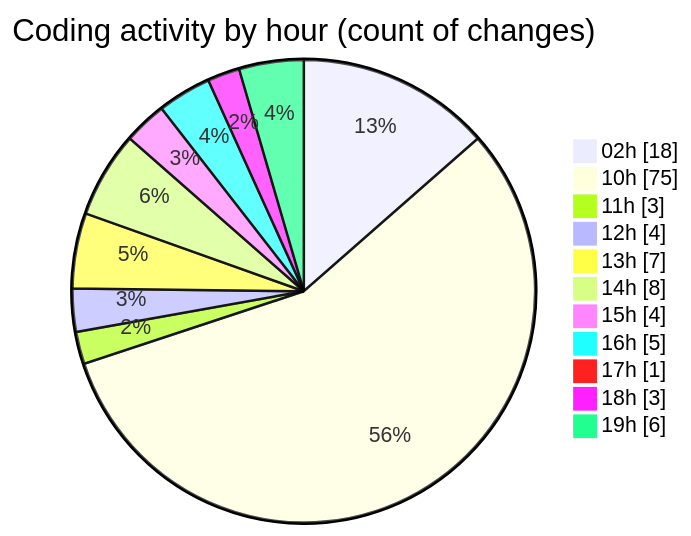
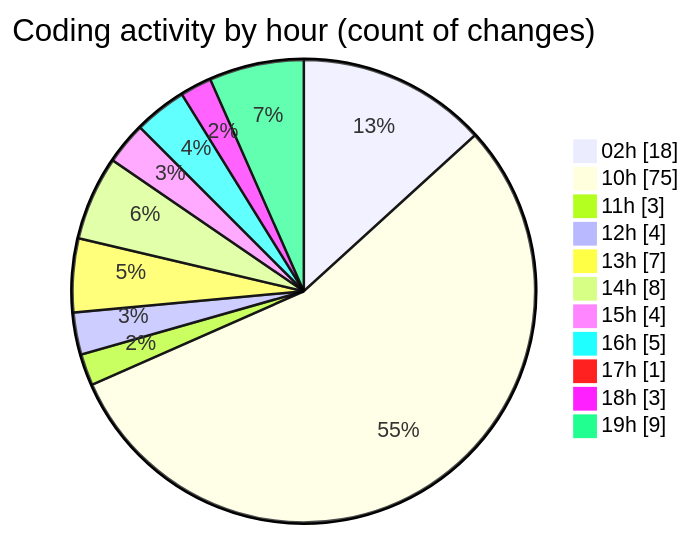
The second of 2 diagrams in 2026-07-08/twenty_versions_aminor/README.md (shibass792/code-tracking), drawn with Mermaid before and after one commit. The commit also changed other lines of this file and 1 other file, not shown here.

````diff
--- a/2026-07-08/twenty_versions_aminor/README.md
+++ b/2026-07-08/twenty_versions_aminor/README.md
@@ -46,15 +46,15 @@
 ```mermaid
 pie showData
 title Coding activity by hour (count of changes)
 "02h" : 18
 "10h" : 75
 "11h" : 3
 "12h" : 4
 "13h" : 7
 "14h" : 8
 "15h" : 4
 "16h" : 5
 "17h" : 1
 "18h" : 3
-"19h" : 6
+"19h" : 9
 ```
````
